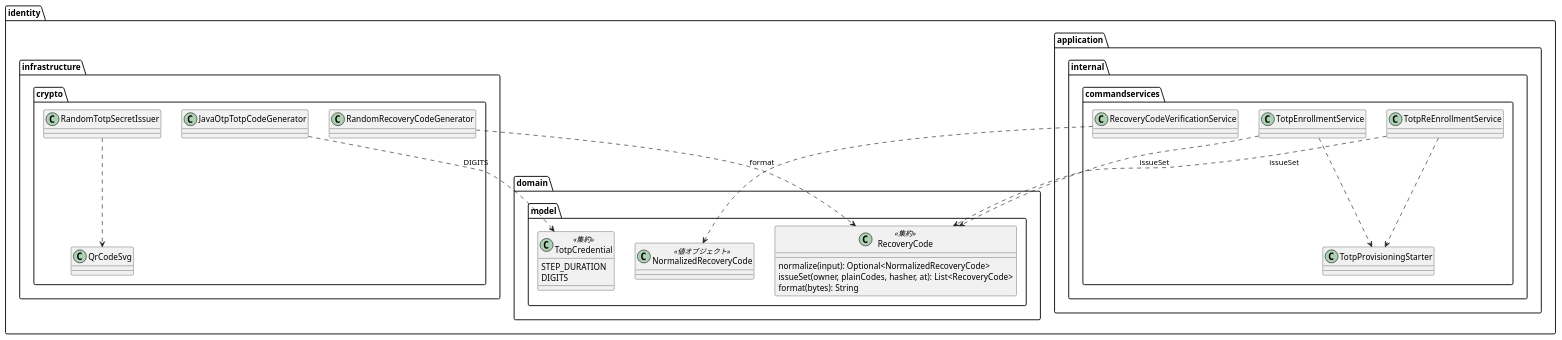
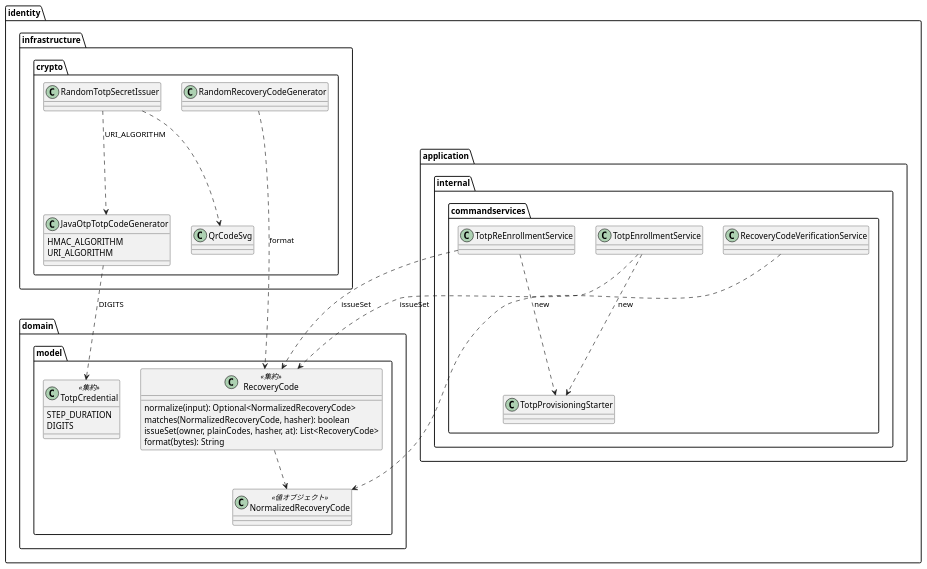
The diagram in docs/development/cargo-tracker/bolt_33d_plan.md (k2works/practical-domain-driven-design-in-enterpris-application), drawn with PlantUML before and after one commit. The commit also changed other lines of this file and 4 other files, not shown here.

````diff
--- a/docs/development/cargo-tracker/bolt_33d_plan.md
+++ b/docs/development/cargo-tracker/bolt_33d_plan.md
@@ -59,38 +62,44 @@
 ```plantuml
 @startuml
 package "identity" {
   package "domain.model" {
     class TotpCredential <<集約>> {
       STEP_DURATION
       DIGITS
     }
     class RecoveryCode <<集約>> {
       normalize(input): Optional<NormalizedRecoveryCode>
+      matches(NormalizedRecoveryCode, hasher): boolean
       issueSet(owner, plainCodes, hasher, at): List<RecoveryCode>
       format(bytes): String
     }
     class NormalizedRecoveryCode <<値オブジェクト>>
   }
   package "application.internal.commandservices" {
     class TotpProvisioningStarter
     class TotpEnrollmentService
     class TotpReEnrollmentService
     class RecoveryCodeVerificationService
   }
   package "infrastructure.crypto" {
-    class JavaOtpTotpCodeGenerator
+    class JavaOtpTotpCodeGenerator {
+      HMAC_ALGORITHM
+      URI_ALGORITHM
+    }
     class RandomTotpSecretIssuer
     class QrCodeSvg
     class RandomRecoveryCodeGenerator
   }
-  TotpEnrollmentService ..> TotpProvisioningStarter
-  TotpReEnrollmentService ..> TotpProvisioningStarter
+  TotpEnrollmentService ..> TotpProvisioningStarter : new
+  TotpReEnrollmentService ..> TotpProvisioningStarter : new
   TotpEnrollmentService ..> RecoveryCode : issueSet
   TotpReEnrollmentService ..> RecoveryCode : issueSet
   RecoveryCodeVerificationService ..> NormalizedRecoveryCode
+  RecoveryCode ..> NormalizedRecoveryCode
   RandomTotpSecretIssuer ..> QrCodeSvg
+  RandomTotpSecretIssuer ..> JavaOtpTotpCodeGenerator : URI_ALGORITHM
   RandomRecoveryCodeGenerator ..> RecoveryCode : format
   JavaOtpTotpCodeGenerator ..> TotpCredential : DIGITS
 }
 @enduml
 ```
````
